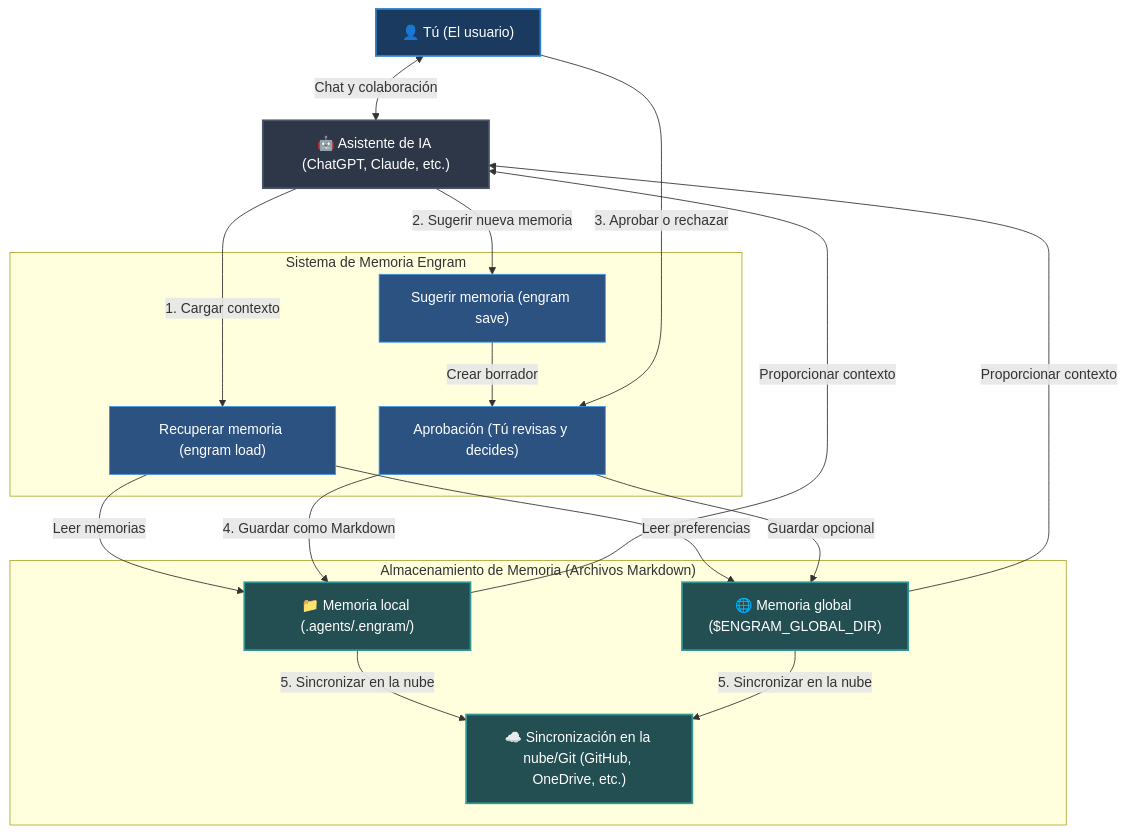
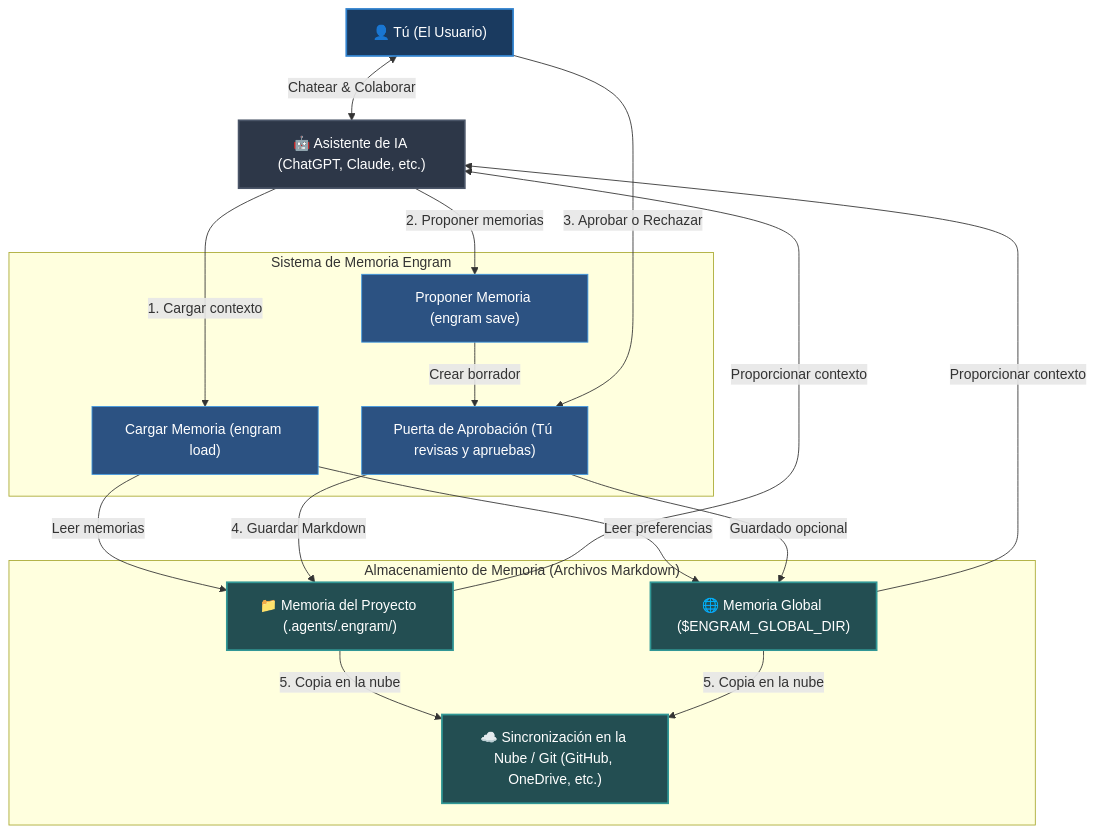
One commit to the-long-ride/engram changed the diagram in documentation/es/README.md. Above: the diagram before and after it, drawn with Mermaid. The commit also changed other lines of this file and 15 other files, not shown here.

Commit message:
docs: restructure and simplify README files, update Hermes Agent comparison, and refresh roadmap

````diff
--- a/documentation/es/README.md
+++ b/documentation/es/README.md
@@ -35,39 +25,39 @@
 ```mermaid
 graph TD
     %% Styling
     classDef default fill:#111,stroke:#333,stroke-width:1px,color:#fff;
     classDef human fill:#1a3a5f,stroke:#3182ce,stroke-width:2px,color:#fff;
     classDef agent fill:#2d3748,stroke:#4a5568,stroke-width:2px,color:#fff;
     classDef storage fill:#234e52,stroke:#319795,stroke-width:2px,color:#fff;
     classDef action fill:#2c5282,stroke:#4299e1,stroke-width:1px,color:#fff;
 
-    User["👤 Tú (El usuario)"]:::human
+    User["👤 Tú (El Usuario)"]:::human
     AI["🤖 Asistente de IA (ChatGPT, Claude, etc.)"]:::agent
 
     subgraph Engram ["Sistema de Memoria Engram"]
-        Load["Recuperar memoria (engram load)"]:::action
-        Propose["Sugerir memoria (engram save)"]:::action
-        Review["Aprobación (Tú revisas y decides)"]:::action
+        Load["Cargar Memoria (engram load)"]:::action
+        Propose["Proponer Memoria (engram save)"]:::action
+        Review["Puerta de Aprobación (Tú revisas y apruebas)"]:::action
     end
 
     subgraph Storage ["Almacenamiento de Memoria (Archivos Markdown)"]
-        LocalStore["📁 Memoria local (.agents/.engram/)"]:::storage
-        GlobalStore["🌐 Memoria global ($ENGRAM_GLOBAL_DIR)"]:::storage
-        SyncStore["☁️ Sincronización en la nube/Git (GitHub, OneDrive, etc.)"]:::storage
+        LocalStore["📁 Memoria del Proyecto (.agents/.engram/)"]:::storage
+        GlobalStore["🌐 Memoria Global ($ENGRAM_GLOBAL_DIR)"]:::storage
+        SyncStore["☁️ Sincronización en la Nube / Git (GitHub, OneDrive, etc.)"]:::storage
     end
 
     %% Interactions
-    User <-->|Chat y colaboración| AI
+    User <-->|Chatear & Colaborar| AI
     AI -->|1. Cargar contexto| Load
     Load -->|Leer memorias| LocalStore
     Load -->|Leer preferencias| GlobalStore
     LocalStore & GlobalStore -->|Proporcionar contexto| AI
 
-    AI -->|2. Sugerir nueva memoria| Propose
+    AI -->|2. Proponer memorias| Propose
     Propose -->|Crear borrador| Review
-    User -->|3. Aprobar o rechazar| Review
-    Review -->|4. Guardar como Markdown| LocalStore
-    Review -->|Guardar opcional| GlobalStore
-    LocalStore -->|5. Sincronizar en la nube| SyncStore
-    GlobalStore -->|5. Sincronizar en la nube| SyncStore
+    User -->|3. Aprobar o Rechazar| Review
+    Review -->|4. Guardar Markdown| LocalStore
+    Review -->|Guardado opcional| GlobalStore
+    LocalStore -->|5. Copia en la nube| SyncStore
+    GlobalStore -->|5. Copia en la nube| SyncStore
 ```
````
